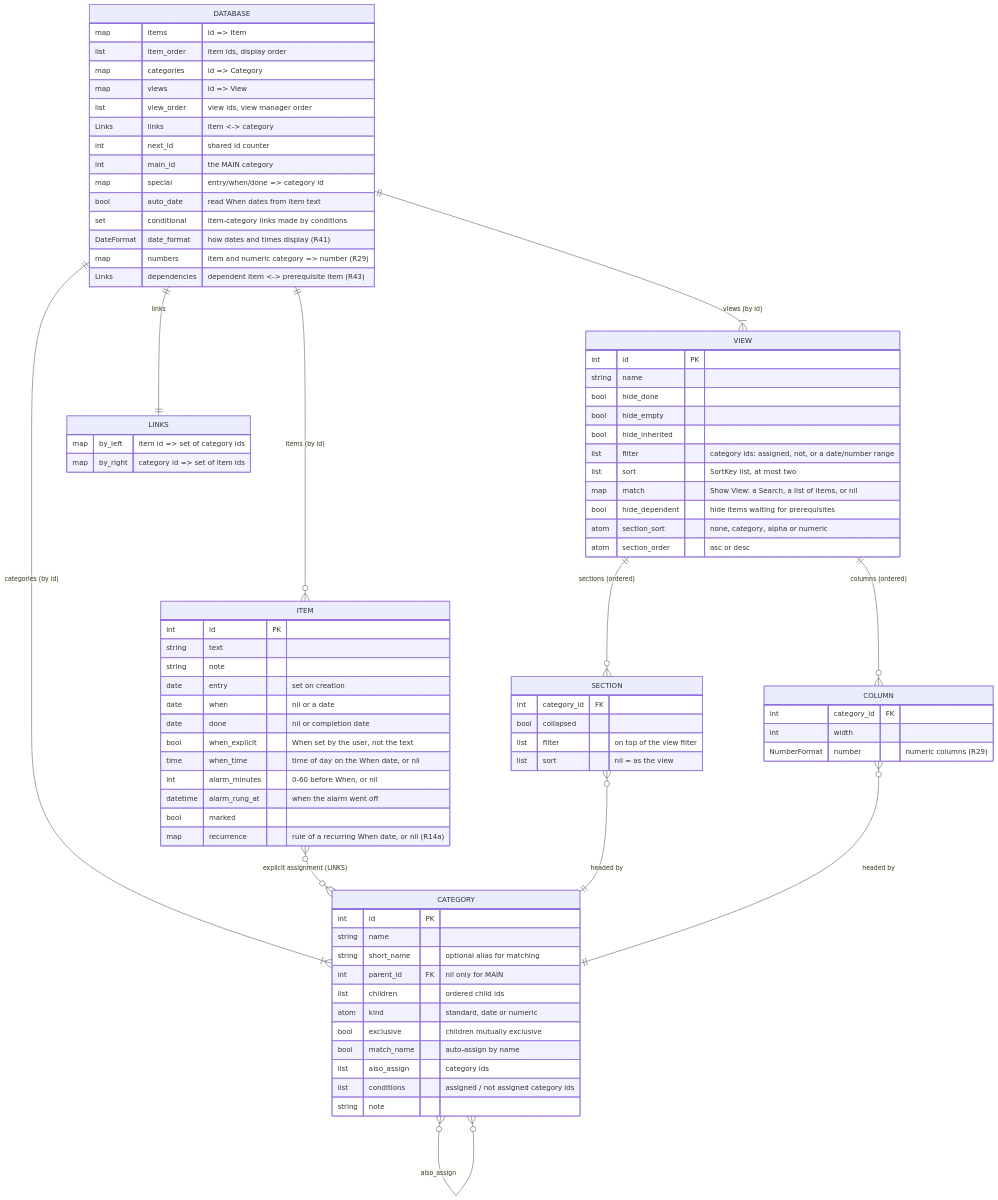
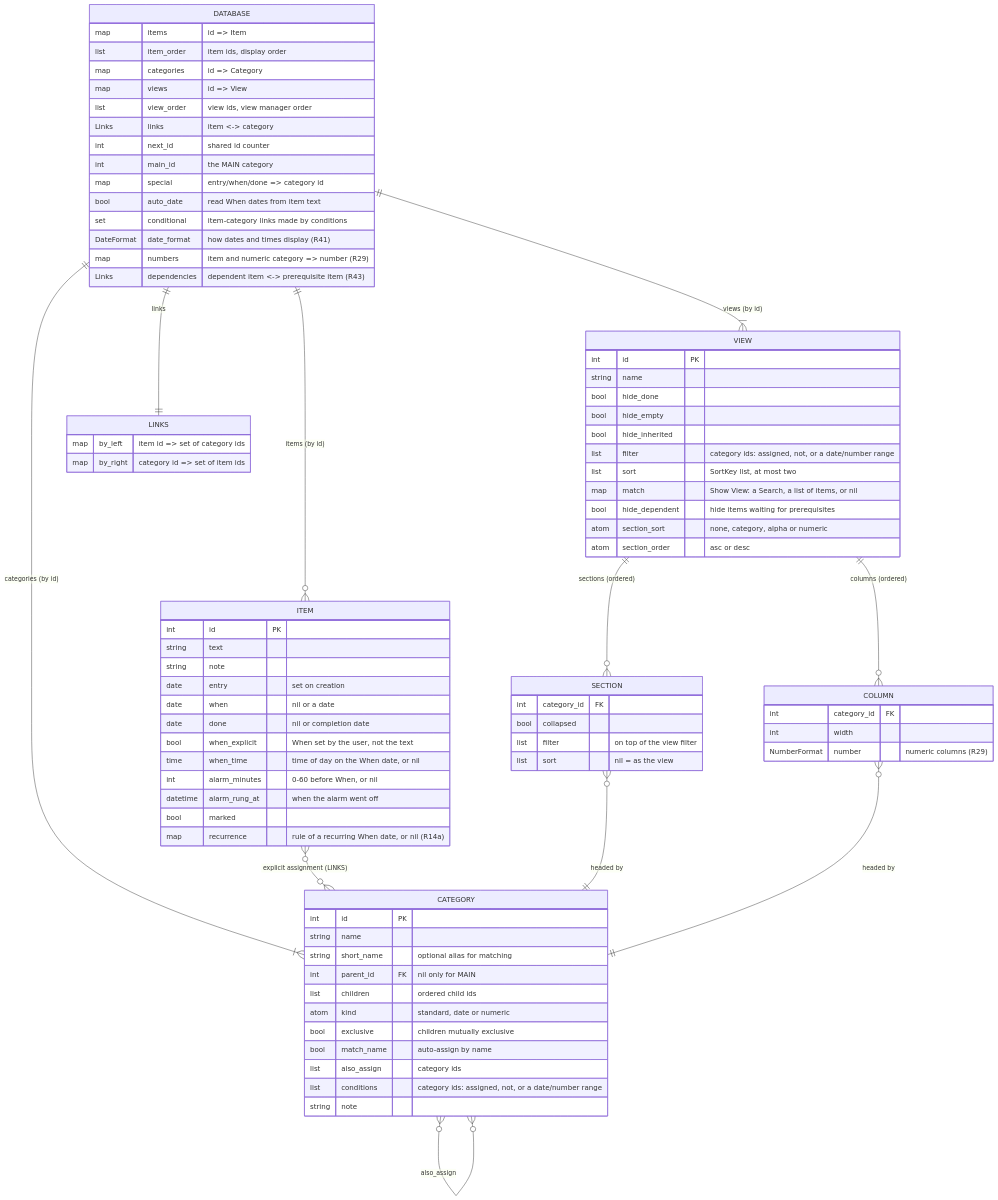
One commit to jamting/agendum changed the first of 6 diagrams in docs/DATA_MODEL.md. Above: the diagram before and after it, drawn with Mermaid. The commit also changed 13 other files, not shown here.

First line of the commit message:
Add date and numeric conditions (R15a)

```diff
--- a/docs/DATA_MODEL.md
+++ b/docs/DATA_MODEL.md
@@ -63,7 +63,7 @@
         bool exclusive "children mutually exclusive"
         bool match_name "auto-assign by name"
         list also_assign "category ids"
-        list conditions "assigned / not assigned category ids"
+        list conditions "category ids: assigned, not, or a date/number range"
         string note
     }
     VIEW {
```
